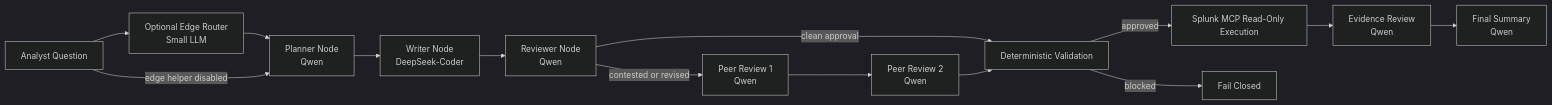
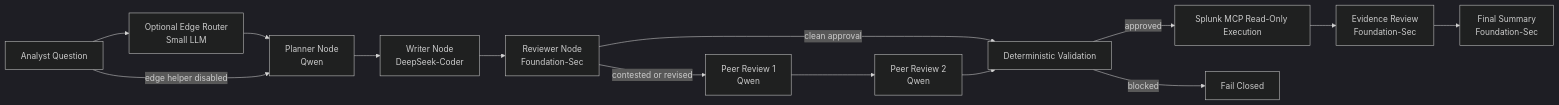
One commit to gosplunk/agtsmith changed the diagram in docs/architecture/two_model_spl_pipeline.md. Above: the diagram before and after it, drawn with Mermaid (dark theme). The commit also changed other lines of this file and 14 other files, not shown here.

````diff
--- a/docs/architecture/two_model_spl_pipeline.md
+++ b/docs/architecture/two_model_spl_pipeline.md
@@ -23,16 +25,16 @@
 ```mermaid
 flowchart LR
     A[Analyst Question] --> R[Optional Edge Router<br/>Small LLM]
     R --> B[Planner Node<br/>Qwen]
     A -->|edge helper disabled| B
     B --> C[Writer Node<br/>DeepSeek-Coder]
-    C --> D[Reviewer Node<br/>Qwen]
+    C --> D[Reviewer Node<br/>Foundation-Sec]
     D -->|clean approval| G[Deterministic Validation]
     D -->|contested or revised| E[Peer Review 1<br/>Qwen]
     E --> F[Peer Review 2<br/>Qwen]
     F --> G
     G -->|approved| H[Splunk MCP Read-Only Execution]
     G -->|blocked| I[Fail Closed]
-    H --> J[Evidence Review<br/>Qwen]
-    J --> K[Final Summary<br/>Qwen]
+    H --> J[Evidence Review<br/>Foundation-Sec]
+    J --> K[Final Summary<br/>Foundation-Sec]
 ```
````
